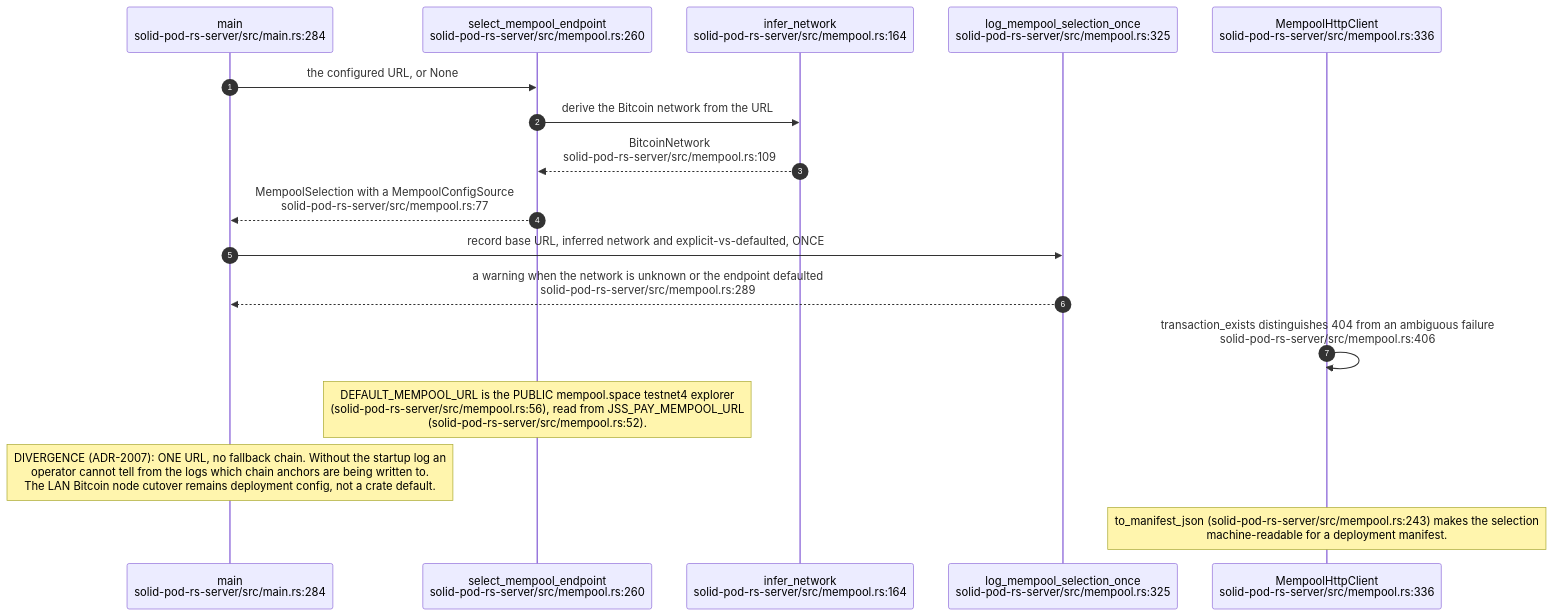
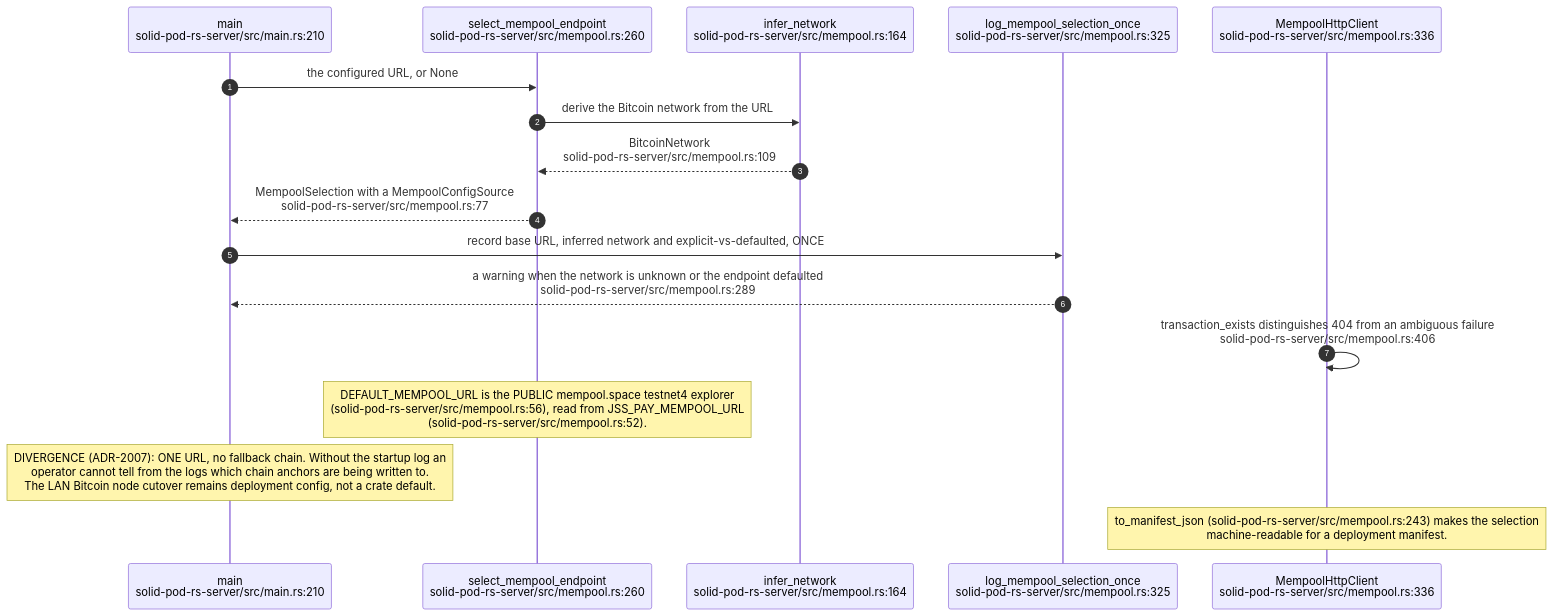
One commit to DreamLab-AI/VisionFlow changed the tenth of 17 diagrams in docs/diagrams/solid-pod-rs/07-provenance-and-payments.md. Above: the diagram before and after it, drawn with Mermaid. The commit also changed other lines of this file and 111 other files, not shown here.

Commit message:
docs(diagrams): align estate maps with current source

````diff
--- a/docs/diagrams/solid-pod-rs/07-provenance-and-payments.md
+++ b/docs/diagrams/solid-pod-rs/07-provenance-and-payments.md
@@ -294,21 +291,21 @@
 ```mermaid
 sequenceDiagram
     autonumber
-    participant M as main<br/>solid-pod-rs-server/src/main.rs:284
+    participant M as main<br/>solid-pod-rs-server/src/main.rs:210
     participant SEL as select_mempool_endpoint<br/>solid-pod-rs-server/src/mempool.rs:260
     participant INF as infer_network<br/>solid-pod-rs-server/src/mempool.rs:164
     participant LOG as log_mempool_selection_once<br/>solid-pod-rs-server/src/mempool.rs:325
     participant C as MempoolHttpClient<br/>solid-pod-rs-server/src/mempool.rs:336
 
     M->>SEL: the configured URL, or None
     SEL->>INF: derive the Bitcoin network from the URL
     INF-->>SEL: BitcoinNetwork<br/>solid-pod-rs-server/src/mempool.rs:109
     SEL-->>M: MempoolSelection with a MempoolConfigSource<br/>solid-pod-rs-server/src/mempool.rs:77
     M->>LOG: record base URL, inferred network and explicit-vs-defaulted, ONCE
     LOG-->>M: a warning when the network is unknown or the endpoint defaulted<br/>solid-pod-rs-server/src/mempool.rs:289
     C->>C: transaction_exists distinguishes 404 from an ambiguous failure<br/>solid-pod-rs-server/src/mempool.rs:406
 
     Note over SEL: DEFAULT_MEMPOOL_URL is the PUBLIC mempool.space testnet4 explorer<br/>(solid-pod-rs-server/src/mempool.rs:56), read from JSS_PAY_MEMPOOL_URL<br/>(solid-pod-rs-server/src/mempool.rs:52).
     Note over M: DIVERGENCE (ADR-2007): ONE URL, no fallback chain. Without the startup log an<br/>operator cannot tell from the logs which chain anchors are being written to.<br/>The LAN Bitcoin node cutover remains deployment config, not a crate default.
     Note over C: to_manifest_json (solid-pod-rs-server/src/mempool.rs:243) makes the selection<br/>machine-readable for a deployment manifest.
 ```
````
